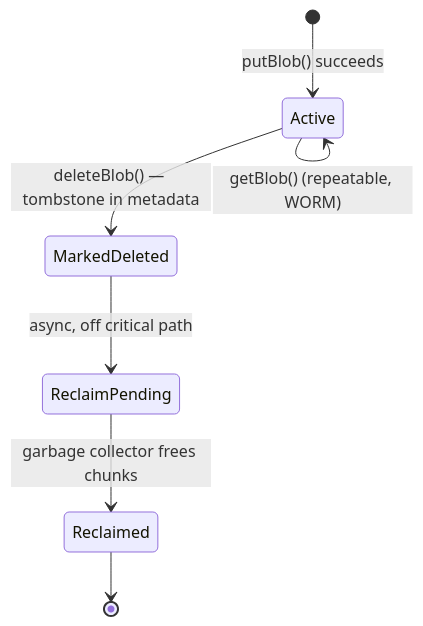
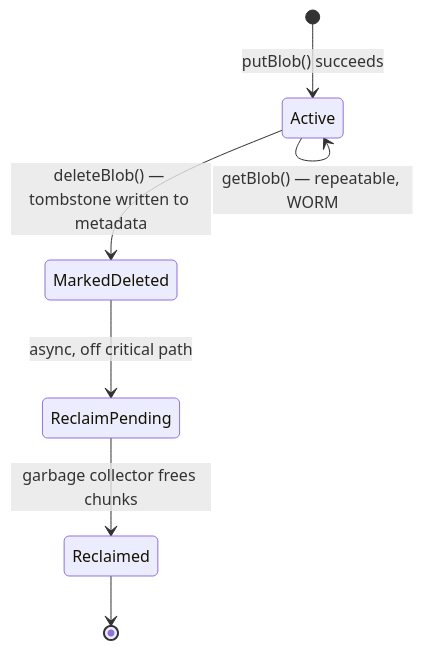
Diagram 15 of 21 in system-design/HLD/0-course/20-Blob-Store-FAANG-Guide.md (riyaz-pasha/Learnings), drawn with Mermaid before and after one commit. The commit also changed other lines of this file and 1 other file, not shown here.

First line of the commit message:
improve readability and fix mermaid diagrams for Blob Store guides

````diff
--- a/system-design/HLD/0-course/20-Blob-Store-FAANG-Guide.md
+++ b/system-design/HLD/0-course/20-Blob-Store-FAANG-Guide.md
@@ -695,9 +647,9 @@
 ```mermaid
 stateDiagram-v2
     [*] --> Active: putBlob() succeeds
-    Active --> MarkedDeleted: deleteBlob() — tombstone in metadata
+    Active --> MarkedDeleted: deleteBlob() — tombstone written to metadata
     MarkedDeleted --> ReclaimPending: async, off critical path
     ReclaimPending --> Reclaimed: garbage collector frees chunks
     Reclaimed --> [*]
-    Active --> Active: getBlob() (repeatable, WORM)
+    Active --> Active: getBlob() — repeatable, WORM
 ```
````
